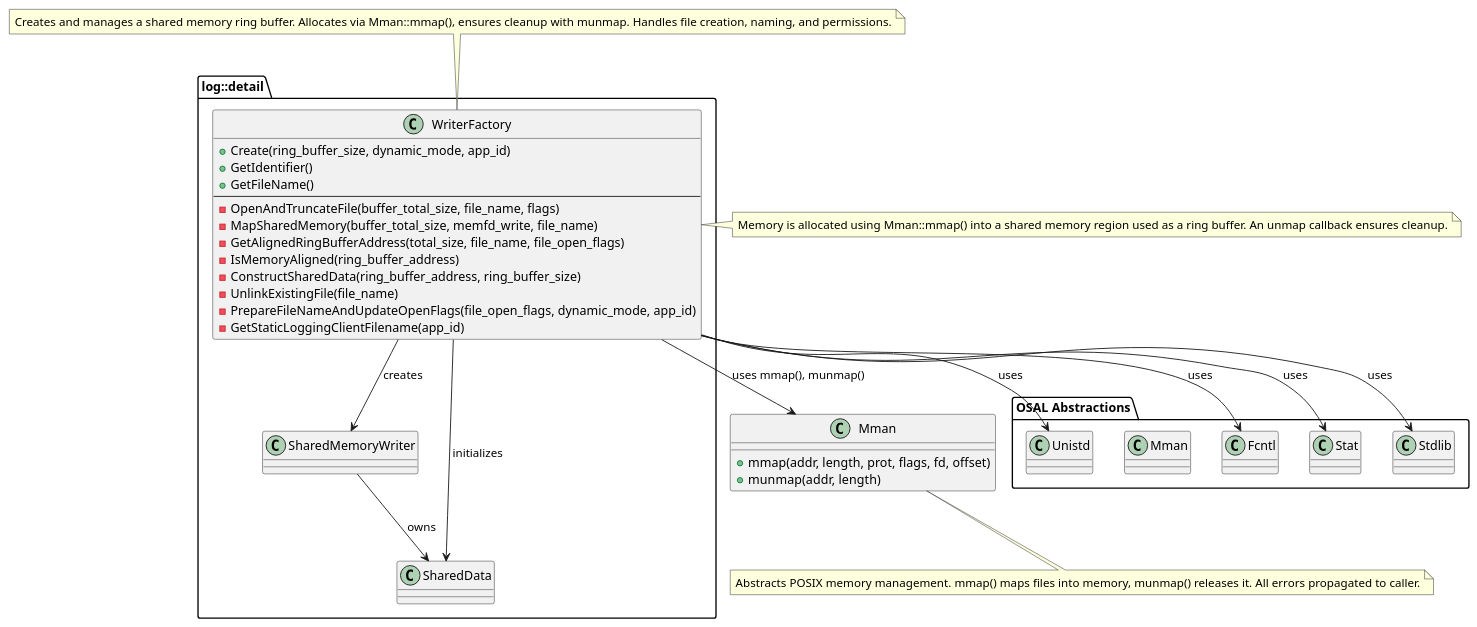
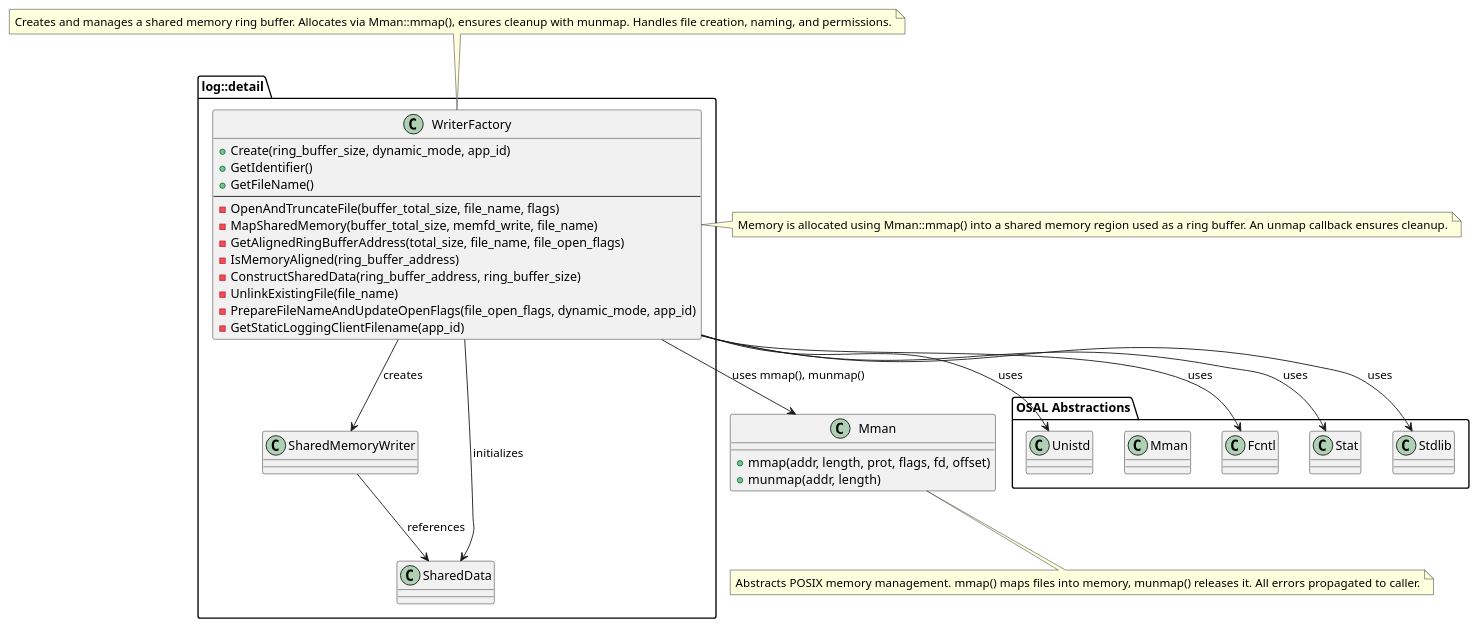
One commit to eclipse-score/logging changed the diagram in docs/components/mw_log/detailed_design/_assets/write_factory_design.puml. Above: the diagram before and after it, drawn with PlantUML. The commit also changed 10 other files, not shown here.

```diff
--- a/docs/components/mw_log/detailed_design/_assets/write_factory_design.puml
+++ b/docs/components/mw_log/detailed_design/_assets/write_factory_design.puml
@@ -14,55 +14,55 @@
 @startuml write_factory_design
 ' Library dependencies
 package "OSAL Abstractions" {
   class Unistd
   class Fcntl
   class Stat
   class Mman
   class Stdlib
 }
 
 package "log::detail" {
   class WriterFactory {
     +Create(ring_buffer_size, dynamic_mode, app_id)
     +GetIdentifier()
     +GetFileName()
     --
     -OpenAndTruncateFile(buffer_total_size, file_name, flags)
     -MapSharedMemory(buffer_total_size, memfd_write, file_name)
     -GetAlignedRingBufferAddress(total_size, file_name, file_open_flags)
     -IsMemoryAligned(ring_buffer_address)
     -ConstructSharedData(ring_buffer_address, ring_buffer_size)
     -UnlinkExistingFile(file_name)
     -PrepareFileNameAndUpdateOpenFlags(file_open_flags, dynamic_mode, app_id)
     -GetStaticLoggingClientFilename(app_id)
   }
 
   class SharedMemoryWriter
   class SharedData
 }
 
 ' Main relationships
 WriterFactory --> SharedMemoryWriter : creates
 
 class Mman {
   +mmap(addr, length, prot, flags, fd, offset)
   +munmap(addr, length)
 }
 
 
 WriterFactory --> SharedData : initializes
 WriterFactory --> Unistd : uses
 WriterFactory --> Fcntl : uses
 WriterFactory --> Stat : uses
 WriterFactory --> Mman : uses mmap(), munmap()
 WriterFactory --> Stdlib : uses
 
 ' Notes on memory allocation and deallocation
 note right of WriterFactory : Memory is allocated using Mman::mmap() into a shared memory region used as a ring buffer. An unmap callback ensures cleanup.
 
 note top of WriterFactory : Creates and manages a shared memory ring buffer. Allocates via Mman::mmap(), ensures cleanup with munmap. Handles file creation, naming, and permissions.
 
 note bottom of Mman : Abstracts POSIX memory management. mmap() maps files into memory, munmap() releases it. All errors propagated to caller.
 
-SharedMemoryWriter --> SharedData : owns
+SharedMemoryWriter --> SharedData : references
 @enduml
```
